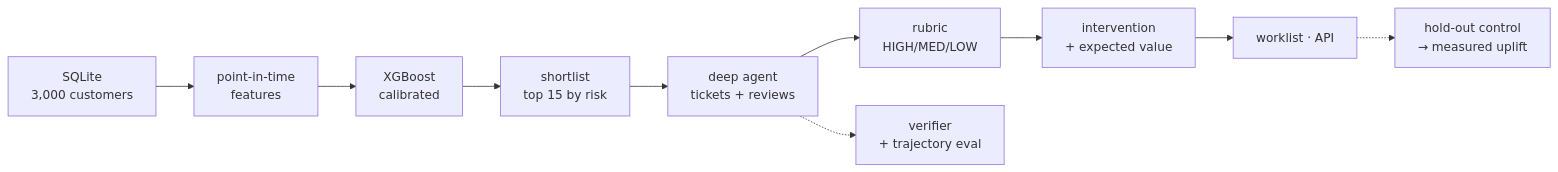
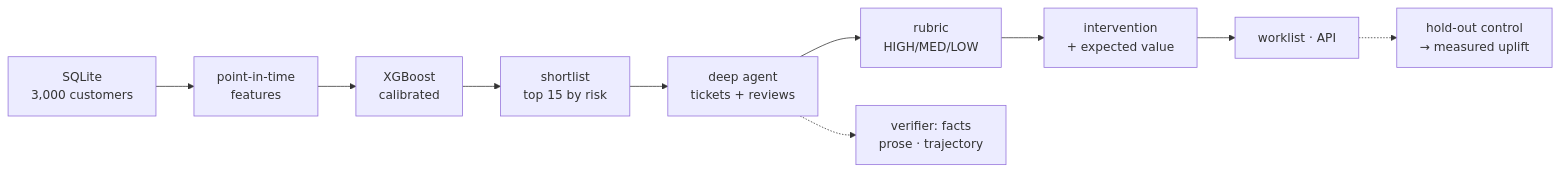
The diagram in README.md (Khatalahmed/customer_churn_alert_agent), drawn with Mermaid before and after one commit. The commit also changed other lines of this file and 3 other files, not shown here.

````diff
--- a/README.md
+++ b/README.md
@@ -55,12 +55,12 @@
 ```mermaid
 flowchart LR
     A[SQLite<br/>3,000 customers] --> B[point-in-time<br/>features]
     B --> C[XGBoost<br/>calibrated]
     C --> D[shortlist<br/>top 15 by risk]
     D --> E[deep agent<br/>tickets + reviews]
     E --> F[rubric<br/>HIGH/MED/LOW]
     F --> G[intervention<br/>+ expected value]
     G --> H[worklist · API]
-    E -.-> V[verifier<br/>+ trajectory eval]
+    E -.-> V[verifier: facts<br/>prose · trajectory]
     H -.-> L[hold-out control<br/>→ measured uplift]
 ```
````
